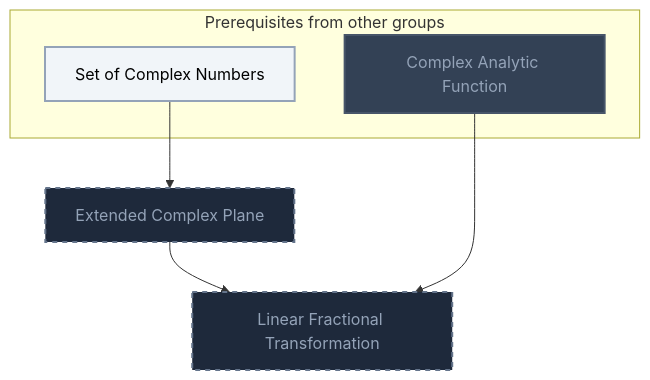
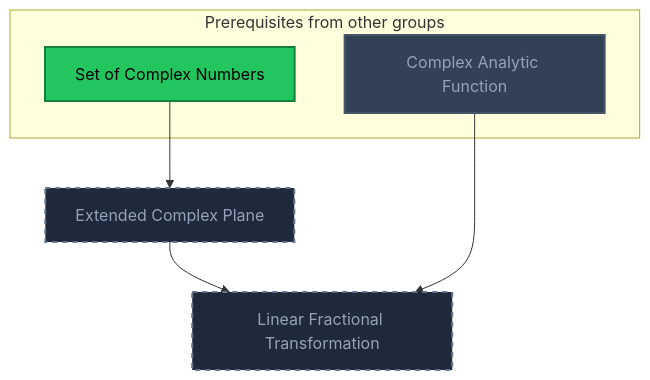
Diagram 14 of 19 in Gamification/Skill Trees/Complex Analysis.md (MRauf1/My-Notes), drawn with Mermaid before and after one commit. The commit also changed other lines of this file and 145 other files, not shown here.

````diff
--- a/Gamification/Skill Trees/Complex Analysis.md
+++ b/Gamification/Skill Trees/Complex Analysis.md
@@ -567,25 +579,25 @@
 ```mermaid
 flowchart TD
     classDef planned fill:#1E293B,stroke:#64748B,stroke-width:2px,stroke-dasharray:5 5,color:#94A3B8;
     classDef locked fill:#334155,stroke:#475569,stroke-width:2px,color:#94A3B8;
     classDef L0 fill:#F1F5F9,stroke:#94A3B8,stroke-width:2px,color:#000000;
     classDef L1 fill:#22C55E,stroke:#15803D,stroke-width:2px,color:#000000;
     classDef L2 fill:#3B82F6,stroke:#1D4ED8,stroke-width:3px,color:#FFFFFF;
     classDef L3 fill:#A855F7,stroke:#6B21A8,stroke-width:3px,color:#FFFFFF,font-weight:bold;
     classDef L4 fill:#F97316,stroke:#C2410C,stroke-width:4px,color:#000000,font-weight:bold;
     classDef L5 fill:#FFD700,stroke:#FF8C00,stroke-width:5px,color:#000000,font-weight:bold;
     classDef rusty stroke:#8B4513,stroke-width:4px,stroke-dasharray:3 3;
     subgraph sg_prereqs["Prerequisites from other groups"]
         n_set_of_complex_numbers["Set of Complex Numbers"]
         n_complex_analytic_function["Complex Analytic Function"]
     end
     n_extended_complex_plane["Extended Complex Plane"]
     n_linear_fractional_transformation["Linear Fractional Transformation"]
     n_set_of_complex_numbers --> n_extended_complex_plane
     n_extended_complex_plane --> n_linear_fractional_transformation
     n_complex_analytic_function --> n_linear_fractional_transformation
     class n_extended_complex_plane,n_linear_fractional_transformation planned;
     class n_complex_analytic_function locked;
-    class n_set_of_complex_numbers L0;
+    class n_set_of_complex_numbers L1;
     class n_set_of_complex_numbers,n_complex_analytic_function internal-link;
 ```
````
